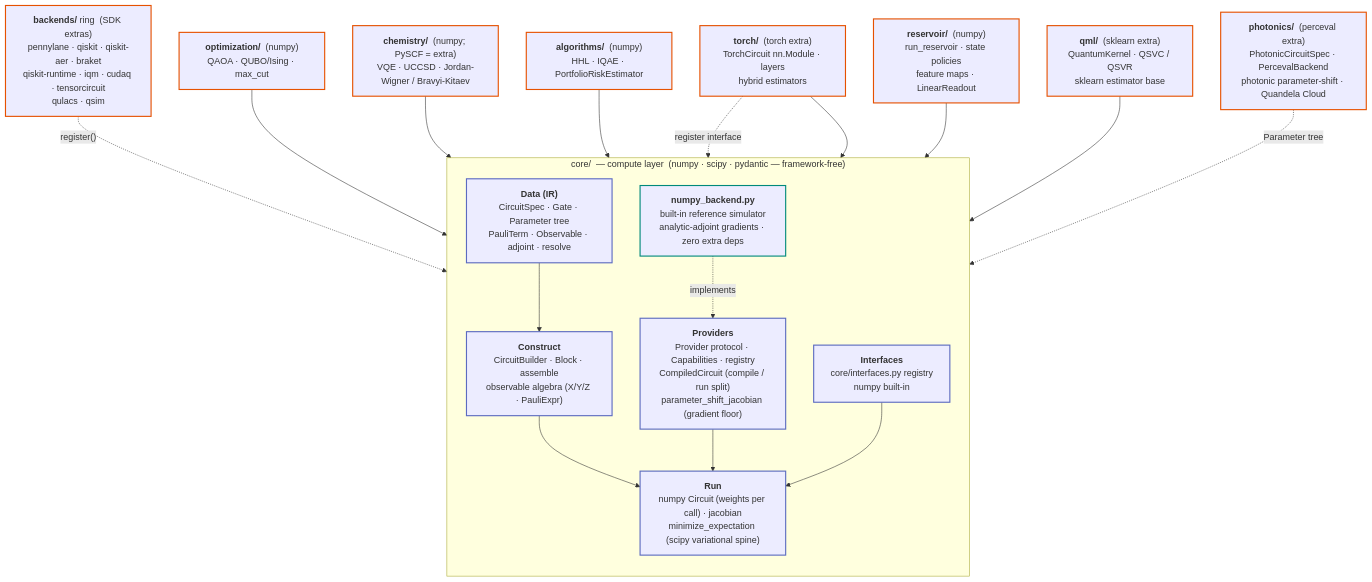
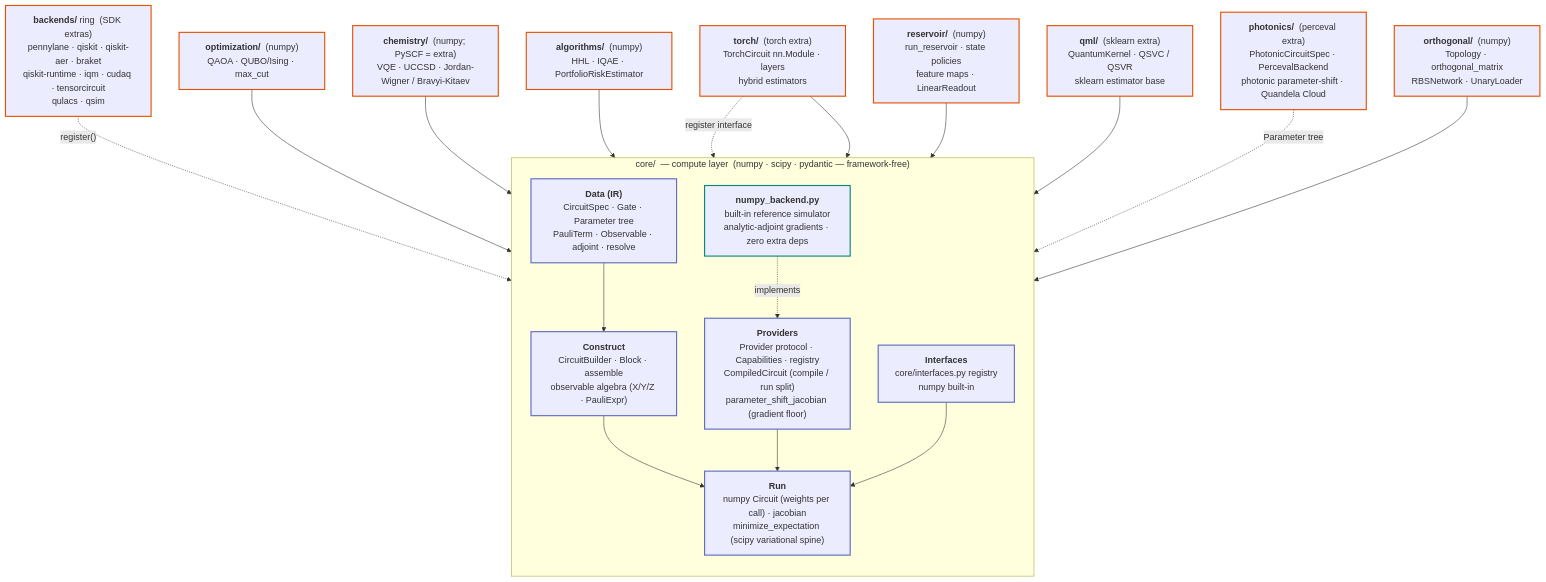
The first of 7 diagrams in docs/architecture-diagrams.md (eigenorbit/eigenkit), drawn with Mermaid before and after one commit. The commit also changed other lines of this file and 44 other files, not shown here.

````diff
--- a/docs/architecture-diagrams.md
+++ b/docs/architecture-diagrams.md
@@ -41,43 +41,45 @@
 ```mermaid
 flowchart TB
     subgraph CORE["core/ &nbsp;— compute layer&nbsp; (numpy · scipy · pydantic — framework-free)"]
         direction TB
         DATA["<b>Data (IR)</b><br/>CircuitSpec · Gate · Parameter tree<br/>PauliTerm · Observable · adjoint · resolve"]
         CONS["<b>Construct</b><br/>CircuitBuilder · Block · assemble<br/>observable algebra (X/Y/Z · PauliExpr)"]
         PROV["<b>Providers</b><br/>Provider protocol · Capabilities · registry<br/>CompiledCircuit (compile / run split)<br/>parameter_shift_jacobian (gradient floor)"]
         NPB["<b>numpy_backend.py</b><br/>built-in reference simulator<br/>analytic-adjoint gradients · zero extra deps"]
         RUN["<b>Run</b><br/>numpy Circuit (weights per call) · jacobian<br/>minimize_expectation (scipy variational spine)"]
         IFACE["<b>Interfaces</b><br/>core/interfaces.py registry<br/>numpy built-in"]
     end
 
     BACK["<b>backends/</b> ring &nbsp;(SDK extras)<br/>pennylane · qiskit · qiskit-aer · braket<br/>qiskit-runtime · iqm · cudaq · tensorcircuit<br/>qulacs · qsim"]
     OPT["<b>optimization/</b> &nbsp;(numpy)<br/>QAOA · QUBO/Ising · max_cut"]
     CHEM["<b>chemistry/</b> &nbsp;(numpy; PySCF = extra)<br/>VQE · UCCSD · Jordan-Wigner / Bravyi-Kitaev"]
     ALGR["<b>algorithms/</b> &nbsp;(numpy)<br/>HHL · IQAE · PortfolioRiskEstimator"]
     RESR["<b>reservoir/</b> &nbsp;(numpy)<br/>run_reservoir · state policies<br/>feature maps · LinearReadout"]
     QMLR["<b>qml/</b> &nbsp;(sklearn extra)<br/>QuantumKernel · QSVC / QSVR<br/>sklearn estimator base"]
     TORCHR["<b>torch/</b> &nbsp;(torch extra)<br/>TorchCircuit nn.Module · layers<br/>hybrid estimators"]
     PHOT["<b>photonics/</b> &nbsp;(perceval extra)<br/>PhotonicCircuitSpec · PercevalBackend<br/>photonic parameter-shift · Quandela Cloud"]
+    ORTH["<b>orthogonal/</b> &nbsp;(numpy)<br/>Topology · orthogonal_matrix<br/>RBSNetwork · UnaryLoader"]
 
     DATA --> CONS --> RUN
     PROV --> RUN
     NPB -. implements .-> PROV
     IFACE --> RUN
 
     BACK -. "register()" .-> PROV
     TORCHR -. "register interface" .-> IFACE
     OPT --> RUN
     CHEM --> RUN
     ALGR --> RUN
     RESR --> RUN
     QMLR --> RUN
     TORCHR --> RUN
     PHOT -. "Parameter tree" .-> DATA
+    ORTH --> CONS
 
     classDef core stroke:#5c6bc0,stroke-width:2px;
     classDef ring stroke:#e65100,stroke-width:2px;
     classDef sim stroke:#00897b,stroke-width:2px;
     class DATA,CONS,PROV,RUN,IFACE core;
     class NPB sim;
-    class BACK,OPT,CHEM,ALGR,RESR,QMLR,TORCHR,PHOT ring;
+    class BACK,OPT,CHEM,ALGR,RESR,QMLR,TORCHR,PHOT,ORTH ring;
 ```
````
